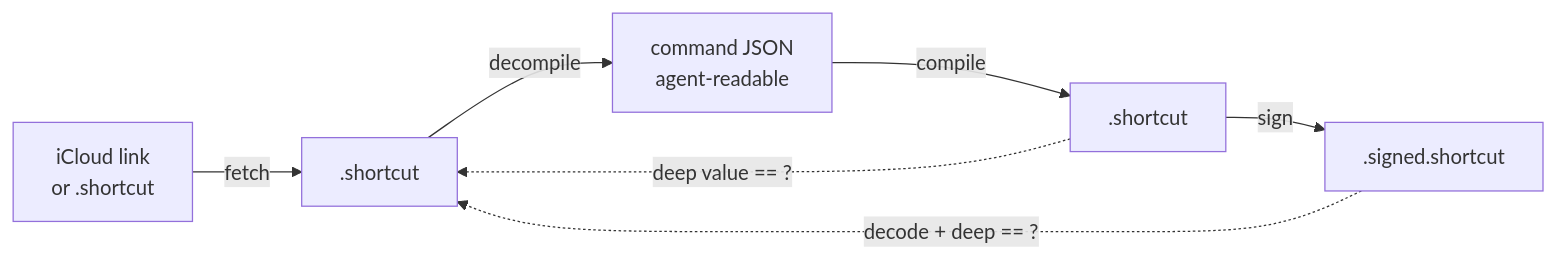
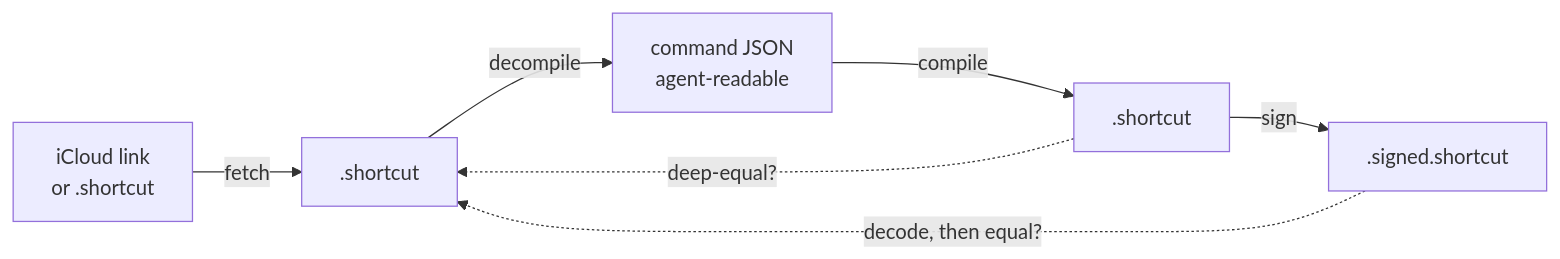
The first of 2 diagrams in BENCHMARK.md (Wuvomi/shortcut-cli), drawn with Mermaid before and after one commit.

Commit message:
Fix Mermaid: avoid == in link labels (parses as thick-link)

````diff
--- a/BENCHMARK.md
+++ b/BENCHMARK.md
@@ -9,9 +9,9 @@
 ```mermaid
 flowchart LR
     A["iCloud link<br/>or .shortcut"] -->|fetch| B[".shortcut"]
     B -->|decompile| C["command JSON<br/>agent-readable"]
     C -->|compile| D[".shortcut"]
     D -->|sign| E[".signed.shortcut"]
-    D -. "deep value == ?" .-> B
-    E -. "decode + deep == ?" .-> B
+    D -. "deep-equal?" .-> B
+    E -. "decode, then equal?" .-> B
 ```
````
